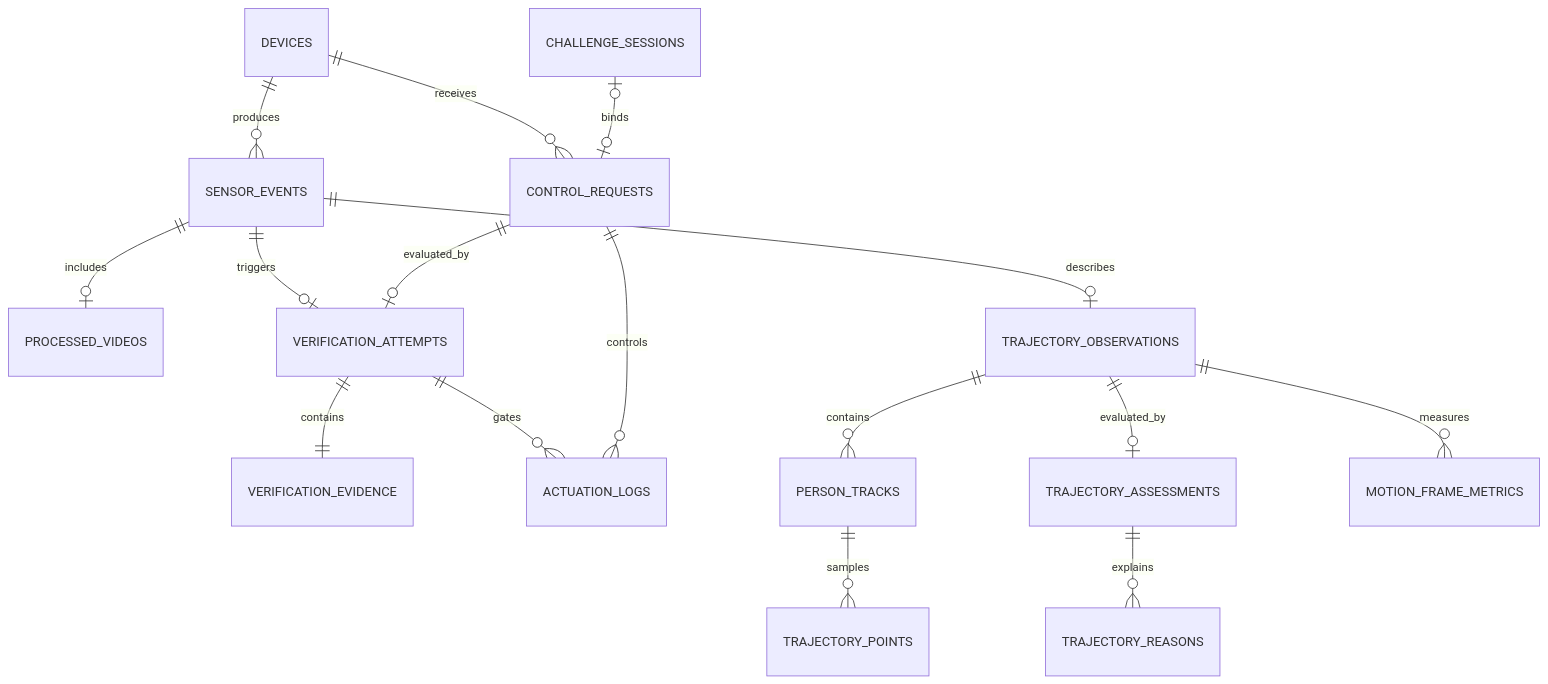
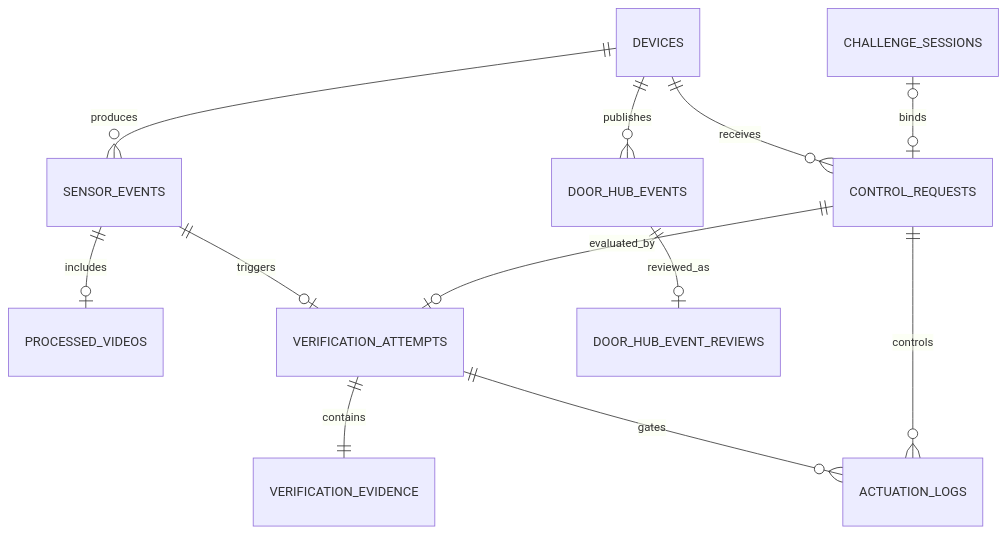
Before and after one commit to Uree1229/Risk-ZERO: the diagram in docs/database-design.md, drawn with Mermaid. The commit also changed other lines of this file and 47 other files, not shown here.

Commit message:
Rebuild software around Door Hub events

````diff
--- a/docs/database-design.md
+++ b/docs/database-design.md
@@ -47,18 +42,14 @@
 ```mermaid
 erDiagram
     DEVICES ||--o{ SENSOR_EVENTS : produces
+    DEVICES ||--o{ DOOR_HUB_EVENTS : publishes
     DEVICES ||--o{ CONTROL_REQUESTS : receives
     CHALLENGE_SESSIONS o|--o| CONTROL_REQUESTS : binds
     SENSOR_EVENTS ||--o| PROCESSED_VIDEOS : includes
     SENSOR_EVENTS ||--o| VERIFICATION_ATTEMPTS : triggers
     CONTROL_REQUESTS ||--o| VERIFICATION_ATTEMPTS : evaluated_by
     VERIFICATION_ATTEMPTS ||--|| VERIFICATION_EVIDENCE : contains
     VERIFICATION_ATTEMPTS ||--o{ ACTUATION_LOGS : gates
     CONTROL_REQUESTS ||--o{ ACTUATION_LOGS : controls
-    SENSOR_EVENTS ||--o| TRAJECTORY_OBSERVATIONS : describes
-    TRAJECTORY_OBSERVATIONS ||--o{ PERSON_TRACKS : contains
-    PERSON_TRACKS ||--o{ TRAJECTORY_POINTS : samples
-    TRAJECTORY_OBSERVATIONS ||--o| TRAJECTORY_ASSESSMENTS : evaluated_by
-    TRAJECTORY_ASSESSMENTS ||--o{ TRAJECTORY_REASONS : explains
-    TRAJECTORY_OBSERVATIONS ||--o{ MOTION_FRAME_METRICS : measures
+    DOOR_HUB_EVENTS ||--o| DOOR_HUB_EVENT_REVIEWS : reviewed_as
 ```
````
